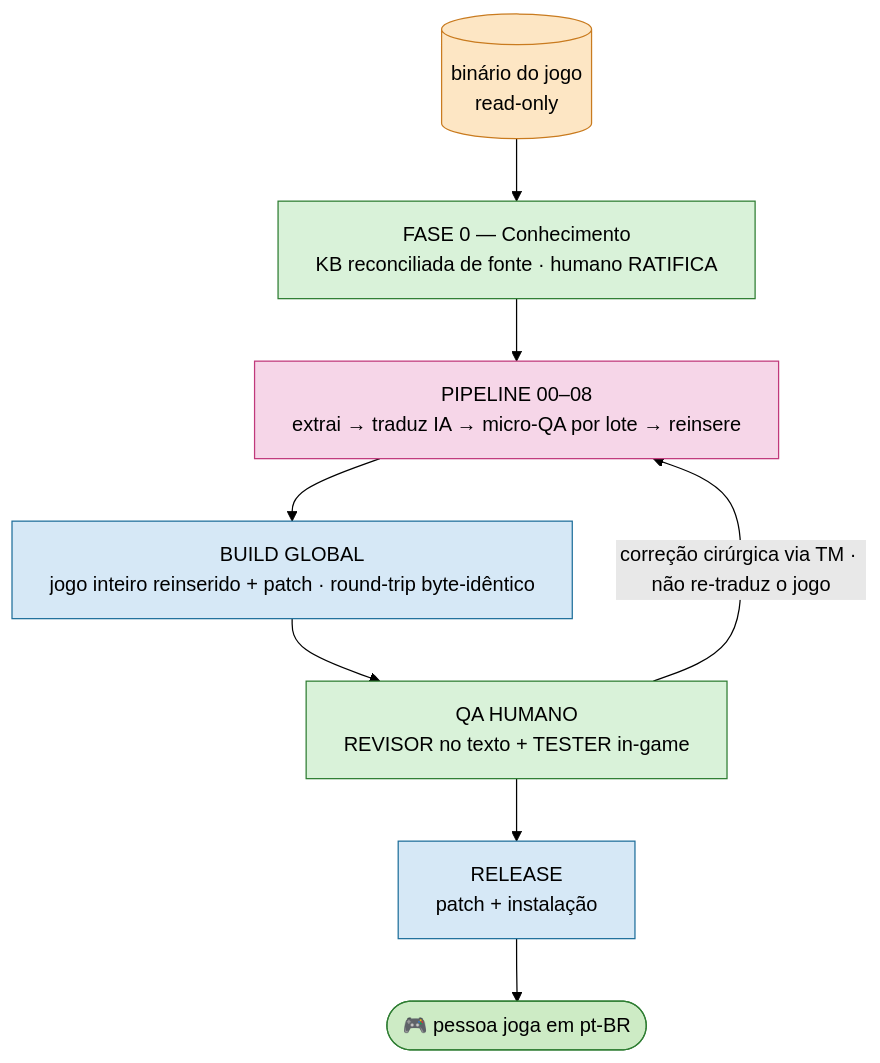
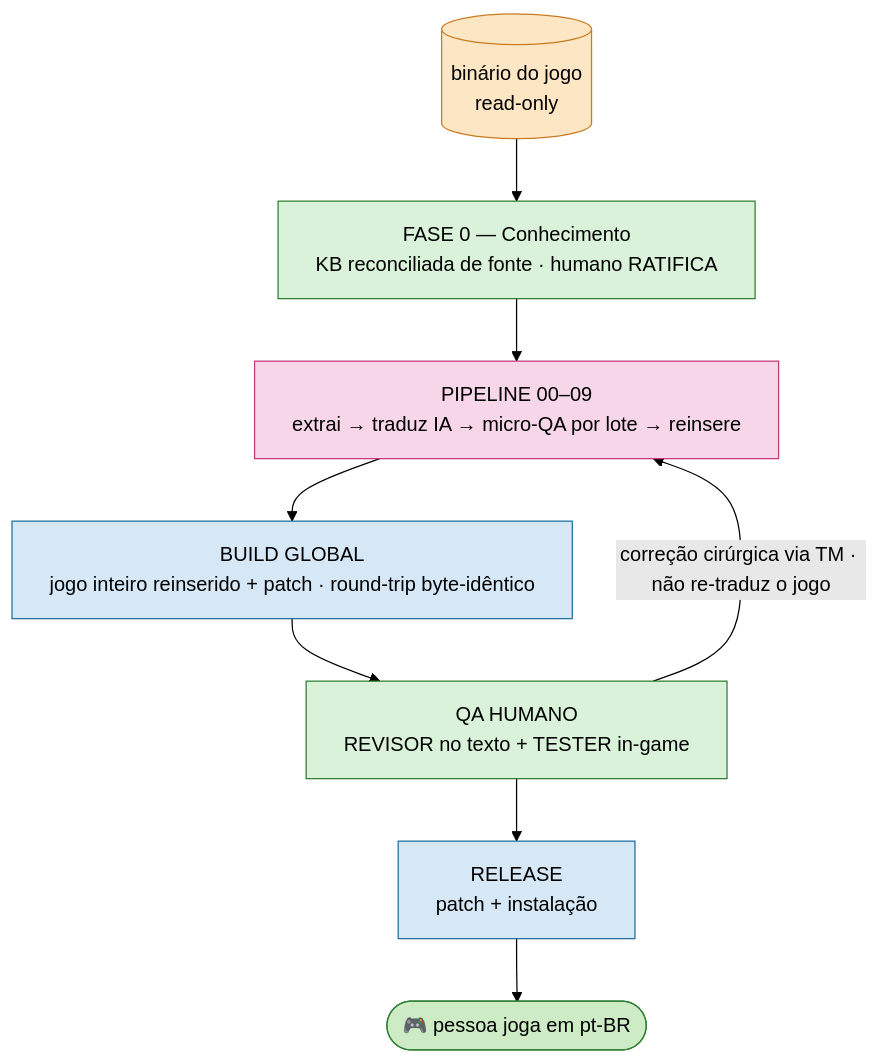
Before and after one commit to scudellerlemos/translation-cognition-framework: the fifth of 5 diagrams in README.md, drawn with Mermaid (forest theme). The commit also changed other lines of this file and 31 other files, not shown here.

Commit message:
docs: auditoria geral — skills 00..09, modulos de runtime, schema do project.json, caminho de sessao, distribuicao, CI e estado do bof4

````diff
--- a/README.md
+++ b/README.md
@@ -276,17 +278,17 @@
 ```mermaid
 %%{init: {'flowchart': {'wrappingWidth': 520}}}%%
 flowchart TB
   bin[("binário do jogo<br/>read-only")]:::sta
   bin --> f0["FASE 0 — Conhecimento<br/>KB reconciliada de fonte · humano RATIFICA"]:::val
-  f0 --> pipe["PIPELINE 00–08<br/>extrai → traduz IA → micro-QA por lote → reinsere"]:::cog
+  f0 --> pipe["PIPELINE 00–09<br/>extrai → traduz IA → micro-QA por lote → reinsere"]:::cog
   pipe --> build["BUILD GLOBAL<br/>jogo inteiro reinserido + patch · round-trip byte-idêntico"]:::exe
   build --> qa["QA HUMANO<br/>REVISOR no texto + TESTER in-game"]:::val
   qa -->|"correção cirúrgica via TM · não re-traduz o jogo"| pipe
   qa --> rel["RELEASE<br/>patch + instalação"]:::exe
   rel --> play(["🎮 pessoa joga em pt-BR"]):::good
   classDef cog fill:#f6d6e8,stroke:#c0397b,color:#000;
   classDef sta fill:#fde6c4,stroke:#c97b1f,color:#000;
   classDef exe fill:#d6e8f6,stroke:#1f6f9b,color:#000;
   classDef val fill:#d9f2d9,stroke:#2e7d32,color:#000;
   classDef good fill:#cdebc5,stroke:#2e7d32,color:#000;
 ```
````
